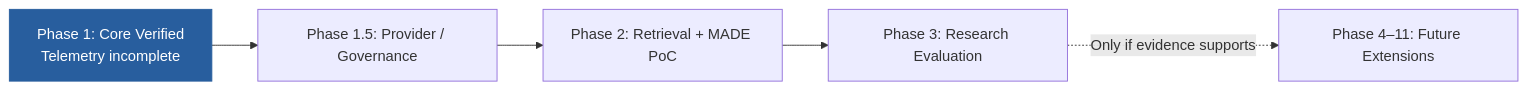
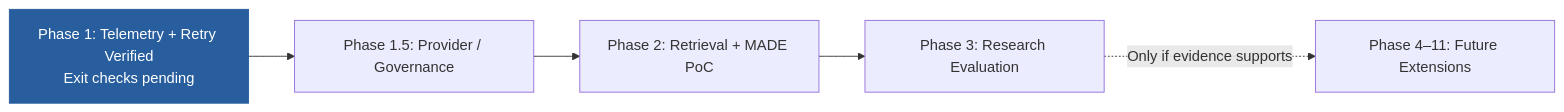
One commit to lienchien/Evolving_Agent_Architecture changed diagram 11 of 12 in Capability-Evolving Agent Architecture — System Design v1.9.md. Above: the diagram before and after it, drawn with Mermaid. The commit also changed other lines of this file and 32 other files, not shown here.

````diff
--- a/Capability-Evolving Agent Architecture — System Design v1.9.md
+++ b/Capability-Evolving Agent Architecture — System Design v1.9.md
@@ -3265,9 +3269,9 @@
 ```mermaid
 flowchart LR
-    P1["Phase 1: Core Verified\nTelemetry incomplete"] --> P15["Phase 1.5: Provider / Governance"]
+    P1["Phase 1: Telemetry + Retry Verified\nExit checks pending"] --> P15["Phase 1.5: Provider / Governance"]
     P15 --> P2["Phase 2: Retrieval + MADE PoC"]
     P2 --> P3["Phase 3: Research Evaluation"]
     P3 -. "Only if evidence supports" .-> FUT["Phase 4–11: Future Extensions"]
     classDef current fill:#285e9e,color:#ffffff,stroke:#285e9e
     class P1 current
 ```
````
